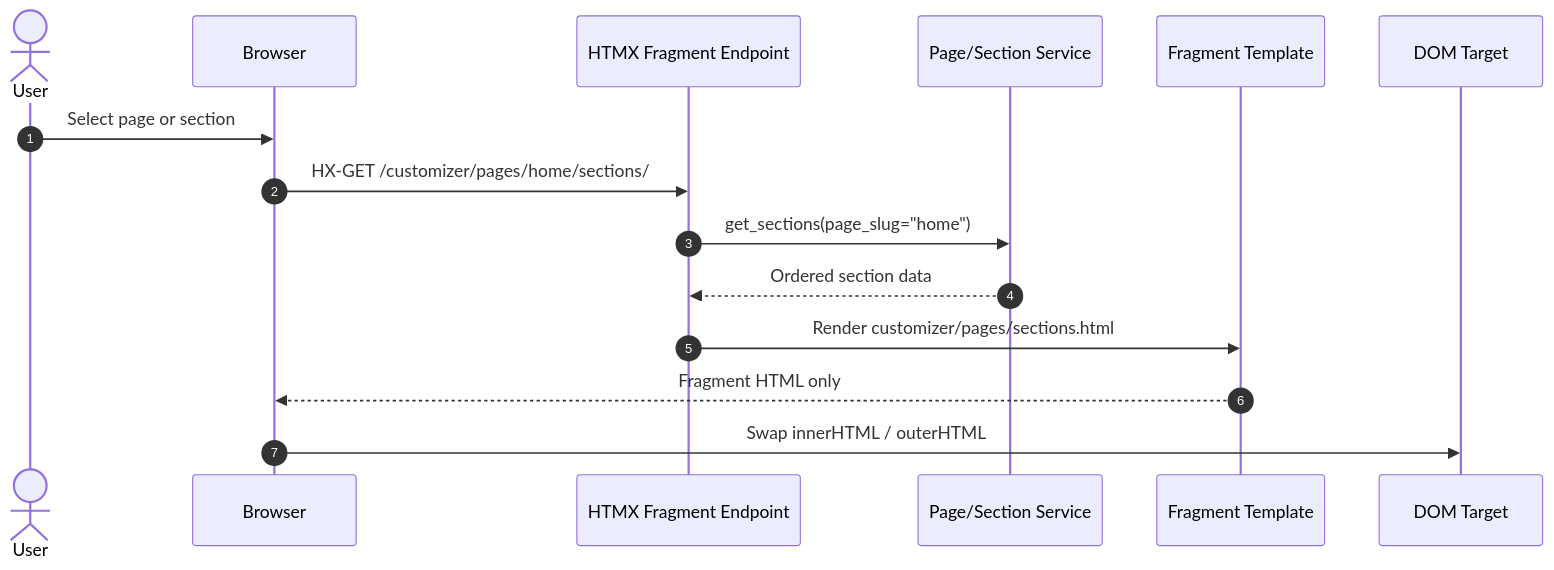
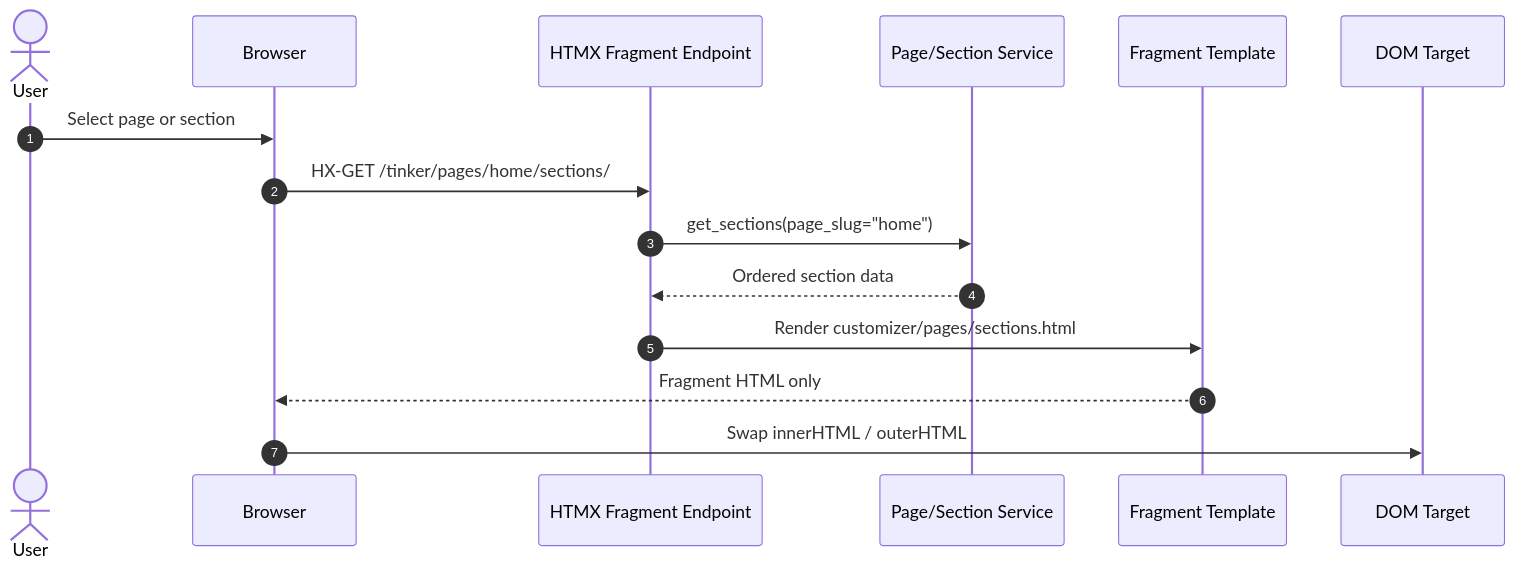
The second of 3 diagrams in docs/guides/customizer-django-fusion-components.md (mammhoud/django-fusion), drawn with Mermaid before and after one commit. The commit also changed other lines of this file and 231 other files, not shown here.

````diff
--- a/docs/guides/customizer-django-fusion-components.md
+++ b/docs/guides/customizer-django-fusion-components.md
@@ -114,18 +114,18 @@
 ```mermaid
 sequenceDiagram
     autonumber
     actor User
     participant Browser
     participant Fragment as HTMX Fragment Endpoint
     participant Service as Page/Section Service
     participant Template as Fragment Template
     participant Target as DOM Target
 
     User->>Browser: Select page or section
-    Browser->>Fragment: HX-GET /customizer/pages/home/sections/
+    Browser->>Fragment: HX-GET /tinker/pages/home/sections/
     Fragment->>Service: get_sections(page_slug="home")
     Service-->>Fragment: Ordered section data
     Fragment->>Template: Render customizer/pages/sections.html
     Template-->>Browser: Fragment HTML only
     Browser->>Target: Swap innerHTML / outerHTML
 ```
````
